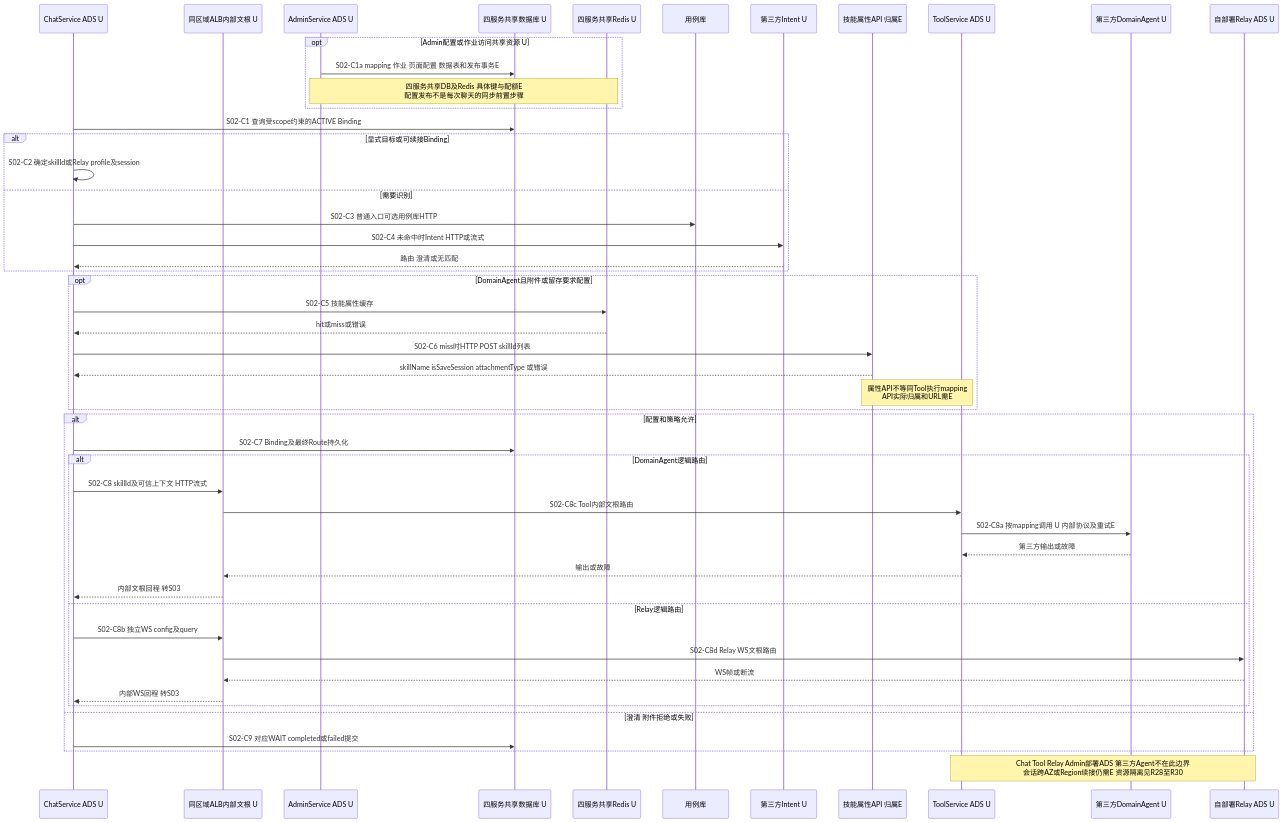
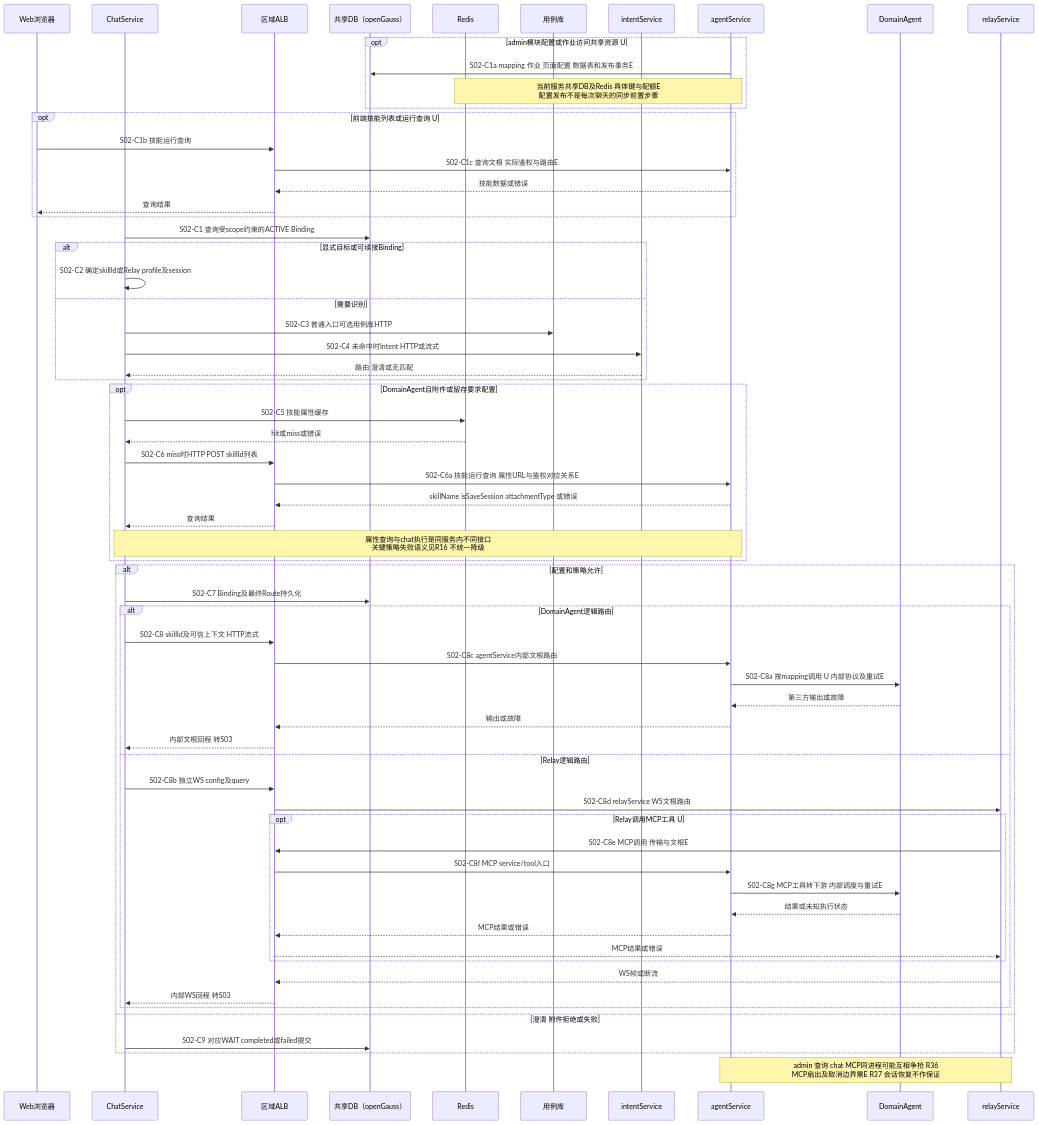
Before and after one commit to kunben-duck/exweb: the third of 24 diagrams in docs/architecture/high-availability/scenarios.md, drawn with Mermaid. The commit also changed other lines of this file and 9 other files, not shown here.

Commit message:
docs: refine HA stability and agent service isolation design

````diff
--- a/docs/architecture/high-availability/scenarios.md
+++ b/docs/architecture/high-availability/scenarios.md
@@ -136,52 +188,67 @@
 ```mermaid
 sequenceDiagram
-    participant C as ChatService ADS U
-    participant L as 同区域ALB内部文根 U
-    participant ADM as AdminService ADS U
-    participant D as 四服务共享数据库 U
-    participant R as 四服务共享Redis U
+    participant U as Web浏览器
+    participant C as ChatService
+    participant L as 区域ALB
+    participant D as 共享DB（openGauss）
+    participant R as Redis
     participant K as 用例库
-    participant I as 第三方Intent U
-    participant S as 技能属性API 归属E
-    participant TOOL as ToolService ADS U
-    participant DA as 第三方DomainAgent U
-    participant RL as 自部署Relay ADS U
-    opt Admin配置或作业访问共享资源 U
-        ADM->>D: S02-C1a mapping 作业 页面配置 数据表和发布事务E
-        Note over ADM,R: 四服务共享DB及Redis 具体键与配额E<br/>配置发布不是每次聊天的同步前置步骤
+    participant I as intentService
+    participant AG as agentService
+    participant DA as DomainAgent
+    participant RL as relayService
+    opt admin模块配置或作业访问共享资源 U
+        AG->>D: S02-C1a mapping 作业 页面配置 数据表和发布事务E
+        Note over AG,R: 当前服务共享DB及Redis 具体键与配额E<br/>配置发布不是每次聊天的同步前置步骤
+    end
+    opt 前端技能列表或运行查询 U
+        U->>L: S02-C1b 技能运行查询
+        L->>AG: S02-C1c 查询文根 实际鉴权与路由E
+        AG-->>L: 技能数据或错误
+        L-->>U: 查询结果
     end
     C->>D: S02-C1 查询受scope约束的ACTIVE Binding
     alt 显式目标或可续接Binding
         C->>C: S02-C2 确定skillId或Relay profile及session
     else 需要识别
         C->>K: S02-C3 普通入口可选用例库HTTP
         C->>I: S02-C4 未命中时Intent HTTP或流式
         I-->>C: 路由 澄清或无匹配
     end
     opt DomainAgent且附件或留存要求配置
         C->>R: S02-C5 技能属性缓存
         R-->>C: hit或miss或错误
-        C->>S: S02-C6 miss时HTTP POST skillId列表
-        S-->>C: skillName isSaveSession attachmentType 或错误
-        Note over S,TOOL: 属性API不等同Tool执行mapping<br/>API实际归属和URL需E
+        C->>L: S02-C6 miss时HTTP POST skillId列表
+        L->>AG: S02-C6a 技能运行查询 属性URL与鉴权对应关系E
+        AG-->>L: skillName isSaveSession attachmentType 或错误
+        L-->>C: 查询结果
+        Note over C,AG: 属性查询与chat执行是同服务内不同接口<br/>关键策略失败语义见R16 不统一降级
     end
     alt 配置和策略允许
         C->>D: S02-C7 Binding及最终Route持久化
         alt DomainAgent逻辑路由
             C->>L: S02-C8 skillId及可信上下文 HTTP流式
-            L->>TOOL: S02-C8c Tool内部文根路由
-            TOOL->>DA: S02-C8a 按mapping调用 U 内部协议及重试E
-            DA-->>TOOL: 第三方输出或故障
-            TOOL-->>L: 输出或故障
+            L->>AG: S02-C8c agentService内部文根路由
+            AG->>DA: S02-C8a 按mapping调用 U 内部协议及重试E
+            DA-->>AG: 第三方输出或故障
+            AG-->>L: 输出或故障
             L-->>C: 内部文根回程 转S03
         else Relay逻辑路由
             C->>L: S02-C8b 独立WS config及query
-            L->>RL: S02-C8d Relay WS文根路由
+            L->>RL: S02-C8d relayService WS文根路由
+            opt Relay调用MCP工具 U
+                RL->>L: S02-C8e MCP调用 传输与文根E
+                L->>AG: S02-C8f MCP service/tool入口
+                AG->>DA: S02-C8g MCP工具转下游 内部调度与重试E
+                DA-->>AG: 结果或未知执行状态
+                AG-->>L: MCP结果或错误
+                L-->>RL: MCP结果或错误
+            end
             RL-->>L: WS帧或断流
             L-->>C: 内部WS回程 转S03
         end
     else 澄清 附件拒绝或失败
         C->>D: S02-C9 对应WAIT completed或failed提交
     end
-    Note over TOOL,RL: Chat Tool Relay Admin部署ADS 第三方Agent不在此边界<br/>会话跨AZ或Region续接仍需E 资源隔离见R28至R30
+    Note over AG,RL: admin 查询 chat MCP同进程可能互相争抢 R36<br/>MCP扇出及取消边界需E R37 会话恢复不作保证
 ```
````
